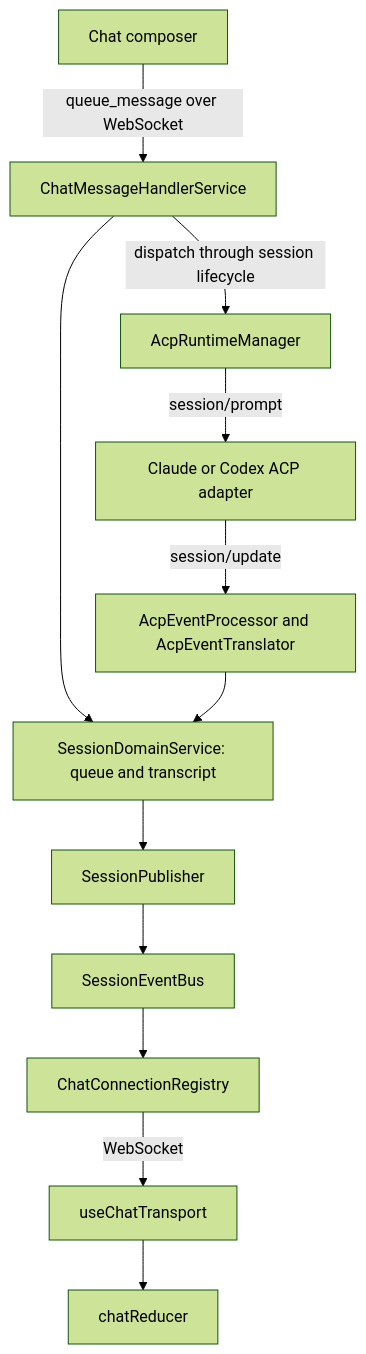
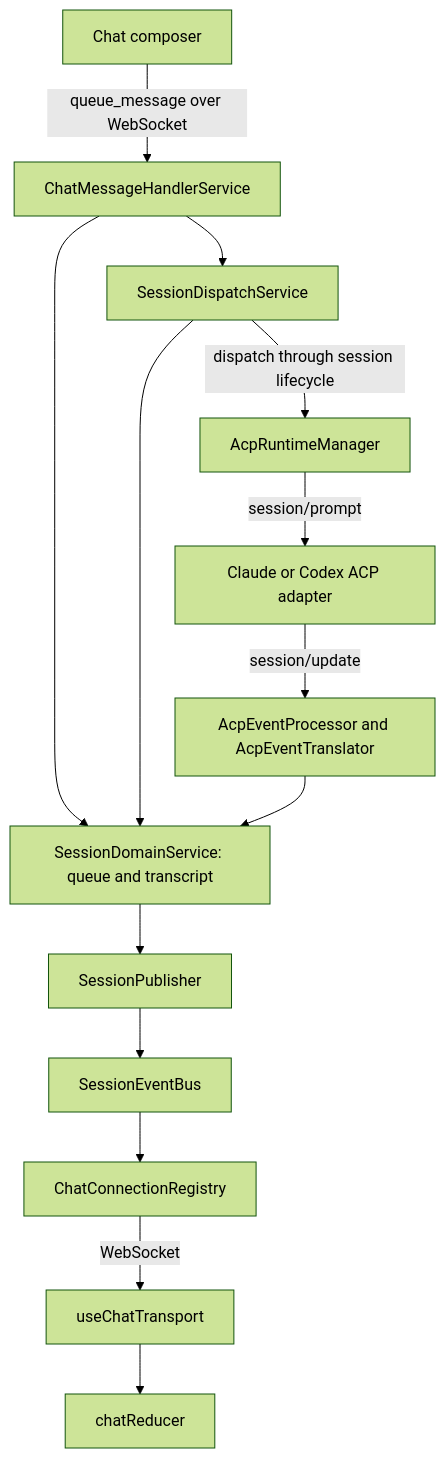
The diagram in docs/chat-message-flow.md (purplefish-ai/factory-factory), drawn with Mermaid (forest theme) before and after one commit. The commit also changed other lines of this file and 12 other files, not shown here.

First line of the commit message:
Extract session dispatcher behind the existing handler facade (#2549)

````diff
--- a/docs/chat-message-flow.md
+++ b/docs/chat-message-flow.md
@@ -9,14 +9,16 @@
 ```mermaid
 flowchart TD
     UI[Chat composer] -->|queue_message over WebSocket| Handler[ChatMessageHandlerService]
     Handler --> Store[SessionDomainService: queue and transcript]
-    Handler -->|dispatch through session lifecycle| Runtime[AcpRuntimeManager]
+    Handler --> Dispatcher[SessionDispatchService]
+    Dispatcher --> Store
+    Dispatcher -->|dispatch through session lifecycle| Runtime[AcpRuntimeManager]
     Runtime -->|session/prompt| Provider[Claude or Codex ACP adapter]
     Provider -->|session/update| Processor[AcpEventProcessor and AcpEventTranslator]
     Processor --> Store
     Store --> Publisher[SessionPublisher]
     Publisher --> Bus[SessionEventBus]
     Bus --> Registry[ChatConnectionRegistry]
     Registry -->|WebSocket| Transport[useChatTransport]
     Transport --> Reducer[chatReducer]
 ```
````
